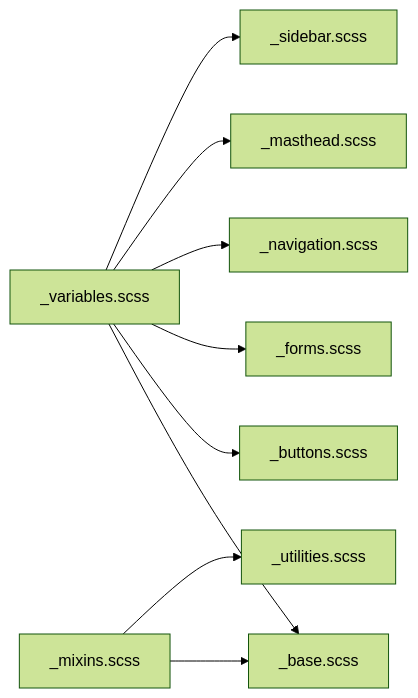
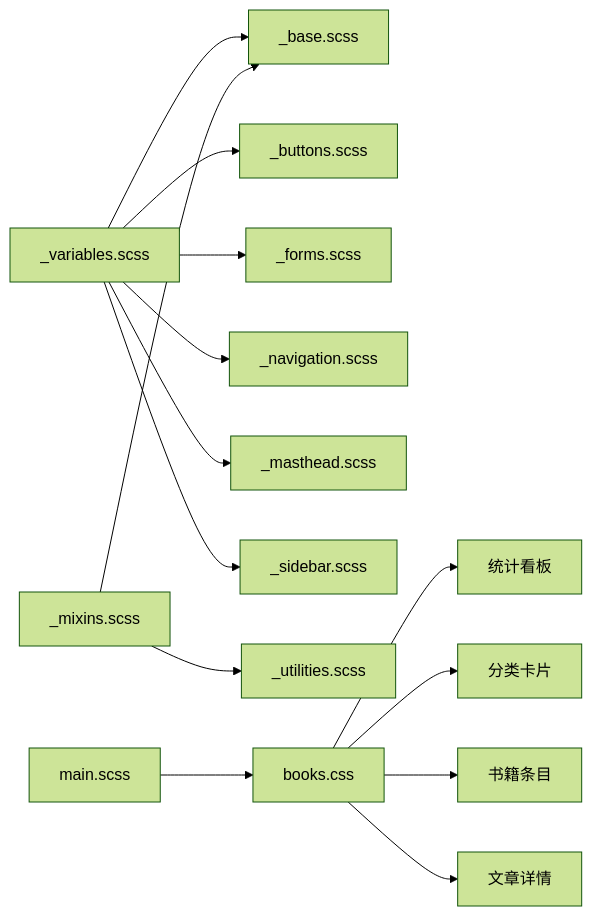
The third of 3 diagrams in .qoder/repowiki/zh/content/主题定制/样式定制.md (pizicaiman/pizicaiman.github.io), drawn with Mermaid (forest theme) before and after one commit. The commit also changed other lines of this file and 24 other files, not shown here.

````diff
--- a/.qoder/repowiki/zh/content/主题定制/样式定制.md
+++ b/.qoder/repowiki/zh/content/主题定制/样式定制.md
@@ -235,11 +293,16 @@
 ```mermaid
 graph LR
 Vars["_variables.scss"] --> Base["_base.scss"]
 Vars --> Buttons["_buttons.scss"]
 Vars --> Forms["_forms.scss"]
 Vars --> Navigation["_navigation.scss"]
 Vars --> Masthead["_masthead.scss"]
 Vars --> Sidebar["_sidebar.scss"]
 Mix["_mixins.scss"] --> Base
 Mix --> Utilities["_utilities.scss"]
+Main["main.scss"] --> Books["books.css"]
+Books --> Dashboard["统计看板"]
+Books --> Categories["分类卡片"]
+Books --> Entries["书籍条目"]
+Books --> Article["文章详情"]
 ```
````
